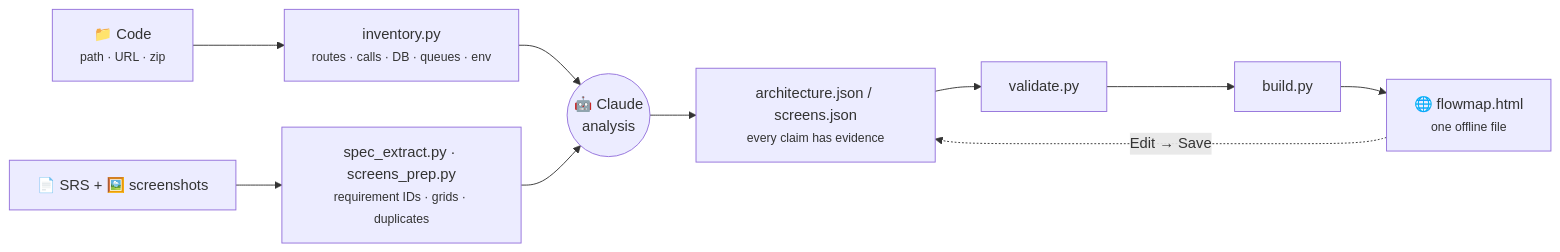
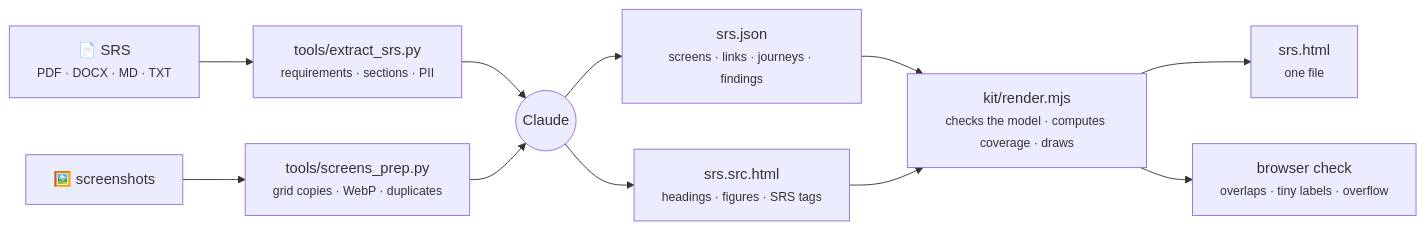
The diagram in README.md (devshrawin/EsyAch), drawn with Mermaid before and after one commit. The commit also changed other lines of this file and 235 other files, not shown here.

````diff
--- a/README.md
+++ b/README.md
@@ -161,10 +78,13 @@
 ```mermaid
 flowchart LR
-  A["📁 Code<br/><small>path · URL · zip</small>"] --> I["inventory.py<br/><small>routes · calls · DB · queues · env</small>"]
-  S["📄 SRS + 🖼️ screenshots"] --> X["spec_extract.py · screens_prep.py<br/><small>requirement IDs · grids · duplicates</small>"]
-  I --> C(("🤖 Claude<br/>analysis"))
-  X --> C
-  C --> J["architecture.json / screens.json<br/><small>every claim has evidence</small>"]
-  J --> V["validate.py"] --> B["build.py"] --> H["🌐 flowmap.html<br/><small>one offline file</small>"]
-  H -. "Edit → Save" .-> J
+  S["📄 SRS<br/><small>PDF · DOCX · MD · TXT</small>"] --> X["tools/extract_srs.py<br/><small>requirements · sections · PII</small>"]
+  I["🖼️ screenshots"] --> P["tools/screens_prep.py<br/><small>grid copies · WebP · duplicates</small>"]
+  X --> C(("Claude"))
+  P --> C
+  C --> M["srs.json<br/><small>screens · links · journeys · findings</small>"]
+  C --> H["srs.src.html<br/><small>headings · figures · SRS tags</small>"]
+  M --> R["kit/render.mjs<br/><small>checks the model · computes coverage · draws</small>"]
+  H --> R
+  R --> O["srs.html<br/><small>one file</small>"]
+  R --> L["browser check<br/><small>overlaps · tiny labels · overflow</small>"]
 ```
````
